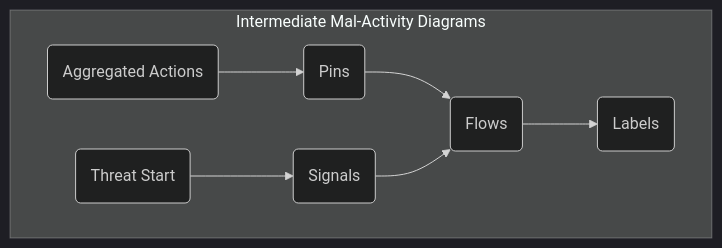
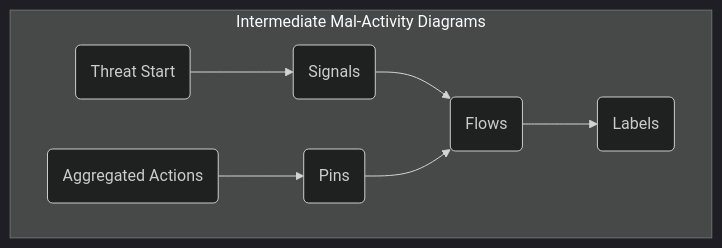
Before and after one commit to stuartfowler/CEMT: the third of 4 diagrams in Documentation/threat-modelling.md, drawn with Mermaid (dark theme). The commit also changed other lines of this file and 2 other files, not shown here.

````diff
--- a/Documentation/threat-modelling.md
+++ b/Documentation/threat-modelling.md
@@ -77,8 +77,13 @@
 ```mermaid
 flowchart TB
     subgraph 2["Intermediate Mal-Activity Diagrams"]
       direction LR
-      2a("Aggregated Actions") --> 2b("Pins") --> 2e("Flows") --> 2f("Labels")
-      2c("Threat Start") --> 2d("Signals") --> 2e      
+      2c("Threat Start") --> 2d("Signals") --> 2e("Flows") --> 2f("Labels")
+      2a("Aggregated Actions") --> 2b("Pins") --> 2e      
     end
+    click 2a "https://github.com/stuartfowler/CEMT/blob/main/Documentation/stereotypes.md#aggregatedactions" "Aggregated Actions Stereotype"
+    click 2b "https://github.com/stuartfowler/CEMT/blob/main/Documentation/stereotypes.md#pins" "Pins Stereotypes"
+    click 2c "https://github.com/stuartfowler/CEMT/blob/main/Documentation/stereotypes.md#threatstart" "Threat Start Stereotype"
+    click 2d "https://github.com/stuartfowler/CEMT/blob/main/Documentation/stereotypes.md#signals" "Signals Stereotypes"
+    click 2e "https://github.com/stuartfowler/CEMT/blob/main/Documentation/stereotypes.md#threatmodelflows" "Flow Stereotypes"
 ```
````
